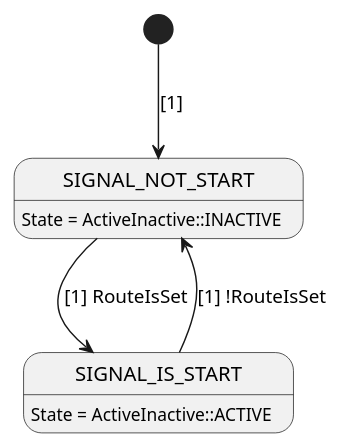
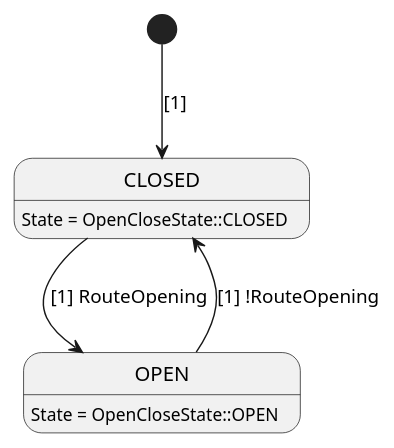
One commit to osmhpi/interlocking changed the diagram in geographical_interlocking/generic_application/graphs/signal.puml. Above: the diagram before and after it, drawn with PlantUML. The commit also changed 35 other files, not shown here.

Commit message:
Rename signal graphs

```diff
--- a/geographical_interlocking/generic_application/graphs/signal.puml
+++ b/geographical_interlocking/generic_application/graphs/signal.puml
@@ -1,10 +1,10 @@
 @startuml Signal
 
-[*] --> SIGNAL_NOT_START: [1]
-SIGNAL_NOT_START --> SIGNAL_IS_START : [1] RouteIsSet
-SIGNAL_IS_START --> SIGNAL_NOT_START : [1] !RouteIsSet
+[*] --> CLOSED: [1]
+CLOSED --> OPEN : [1] RouteOpening
+OPEN --> CLOSED : [1] !RouteOpening
 
-SIGNAL_NOT_START: State = ActiveInactive::INACTIVE
-SIGNAL_IS_START: State = ActiveInactive::ACTIVE
+CLOSED: State = OpenCloseState::CLOSED
+OPEN: State = OpenCloseState::OPEN
 
 @enduml
```
